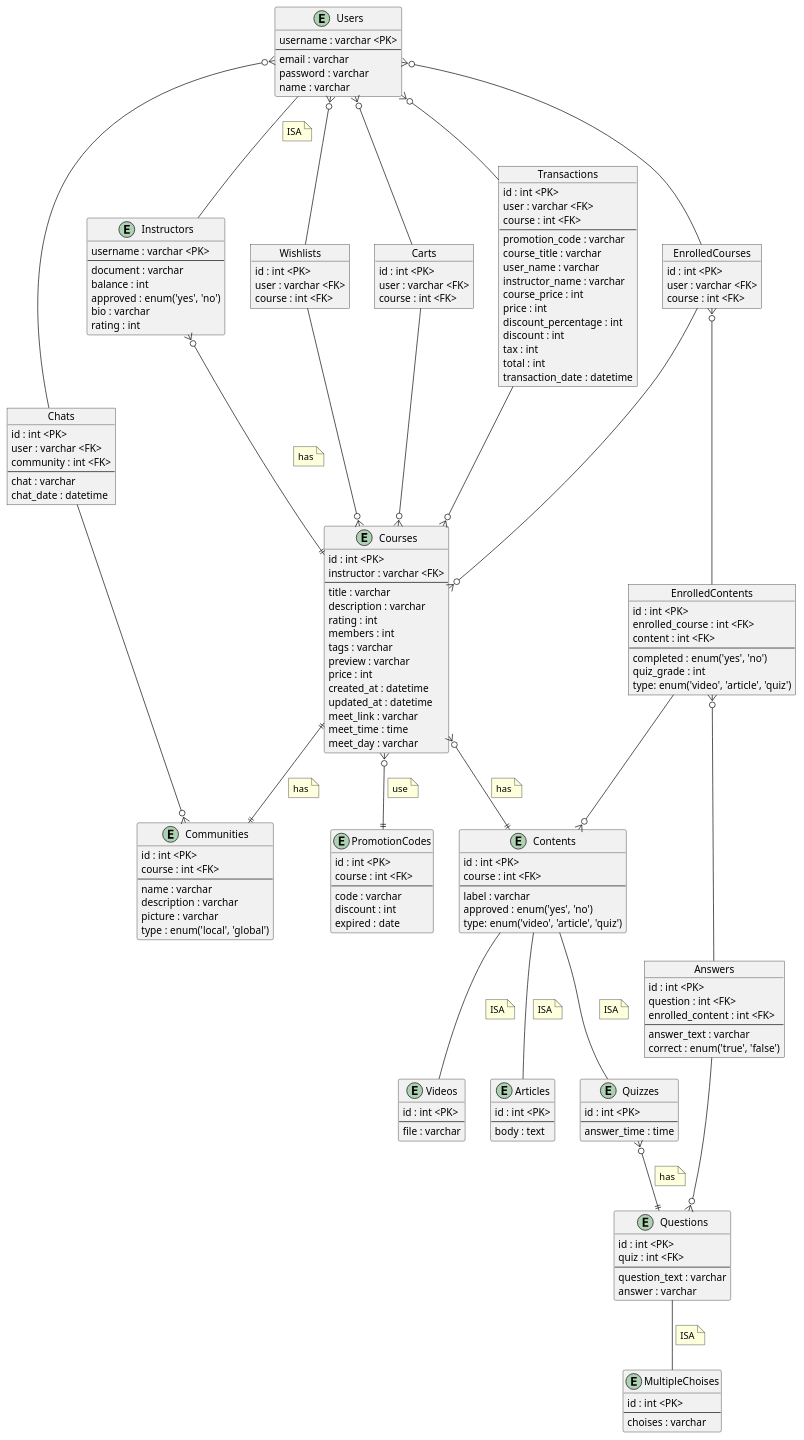
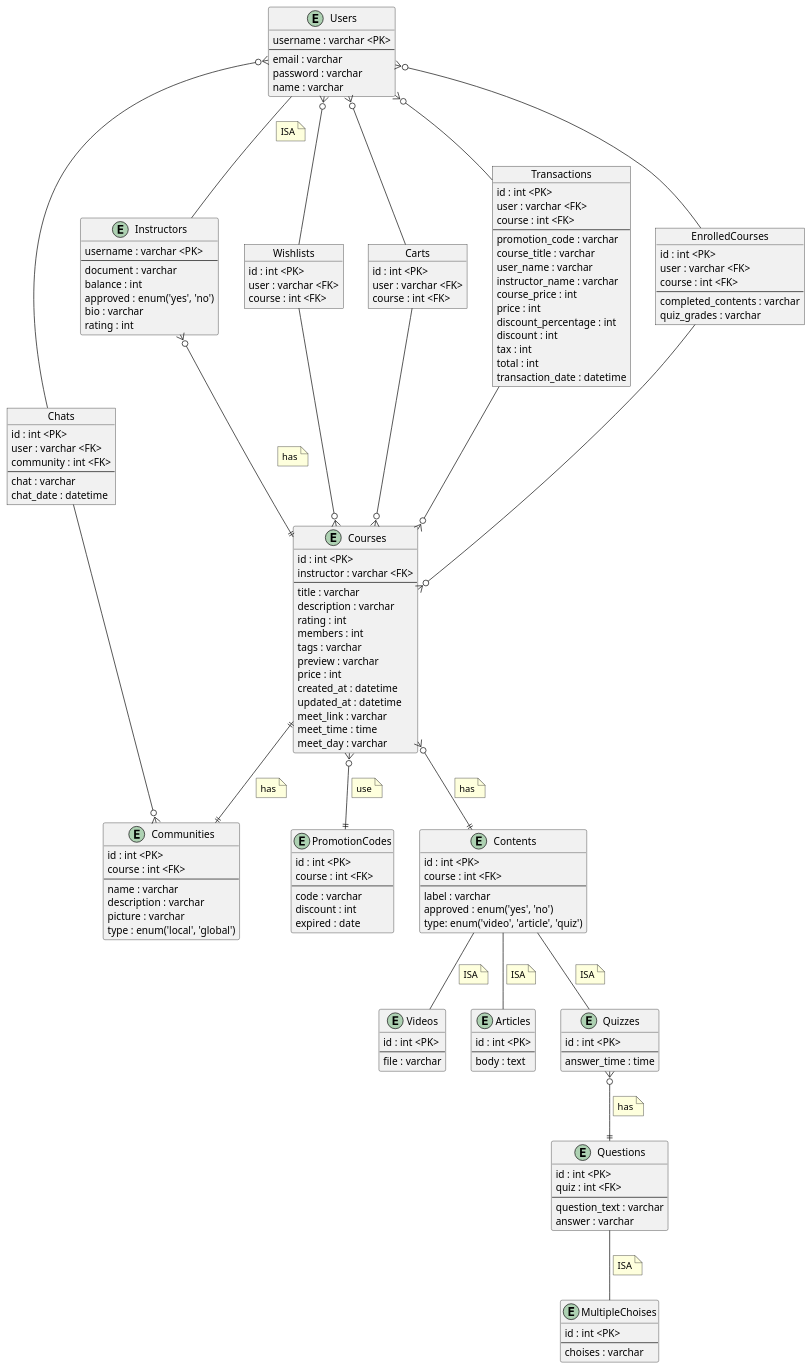
The diagram in docs/diagrams/entity-relationship.puml (iqmalakur/LearNteach), drawn with PlantUML before and after one commit. The commit also changed 7 other files, not shown here.

Commit message:
Edit Enrolled Course Seeding

```diff
--- a/docs/diagrams/entity-relationship.puml
+++ b/docs/diagrams/entity-relationship.puml
@@ -97,16 +97,9 @@
     id : int <PK>
     user : varchar <FK>
     course : int <FK>
-}
-
-object EnrolledContents {
-    id : int <PK>
-    enrolled_course : int <FK>
-    content : int <FK>
     --
-    completed : enum('yes', 'no')
-    quiz_grade : int
-    type: enum('video', 'article', 'quiz')
+    completed_contents : varchar
+    quiz_grades : varchar
 }
 
 entity Contents {
@@ -134,15 +127,6 @@
     id : int <PK>
     --
     answer_time : time
-}
-
-object Answers {
-    id : int <PK>
-    question : int <FK>
-    enrolled_content : int <FK>
-    --
-    answer_text : varchar
-    correct : enum('true', 'false')
 }
 
 entity Questions {
@@ -222,10 +206,4 @@
 Users }o-- Chats
 Chats --o{ Communities
 
-EnrolledContents }o-- Answers
-Answers --o{ Questions
-
-EnrolledCourses }o-- EnrolledContents
-EnrolledContents --o{ Contents
-
 @enduml
```
